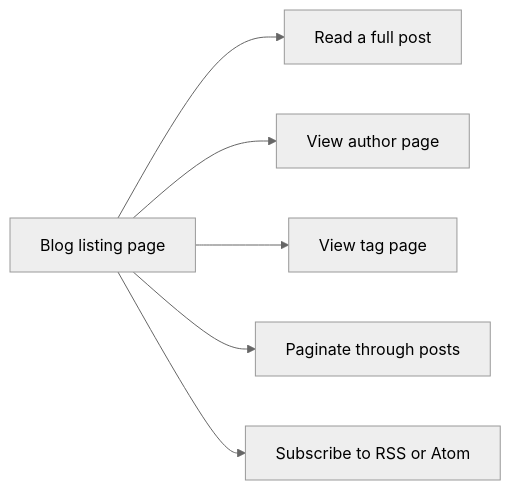
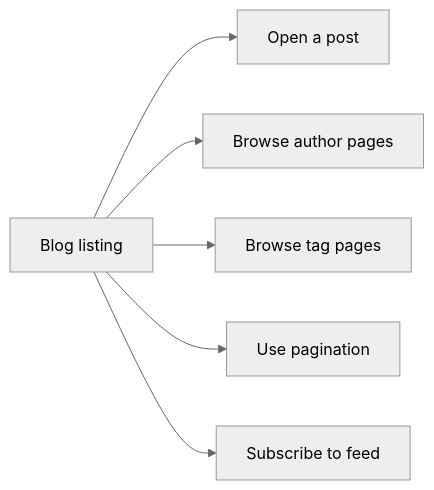
The first of 2 diagrams in api2-documentation/plan_2026-11-02_f8890e/user-facing-docs/blog.md (Mohita111/API2), drawn with Mermaid (neutral theme) before and after one commit. The commit also changed other lines of this file and 12 other files, not shown here.

````diff
--- a/api2-documentation/plan_2026-11-02_f8890e/user-facing-docs/blog.md
+++ b/api2-documentation/plan_2026-11-02_f8890e/user-facing-docs/blog.md
@@ -19,8 +25,8 @@
 ```mermaid
 graph LR
-    A[Blog listing page] --> B[Read a full post]
-    A --> C[View author page]
-    A --> D[View tag page]
-    A --> E[Paginate through posts]
-    A --> F[Subscribe to RSS or Atom]
+    A[Blog listing] --> B[Open a post]
+    A --> C[Browse author pages]
+    A --> D[Browse tag pages]
+    A --> E[Use pagination]
+    A --> F[Subscribe to feed]
 ```
````
